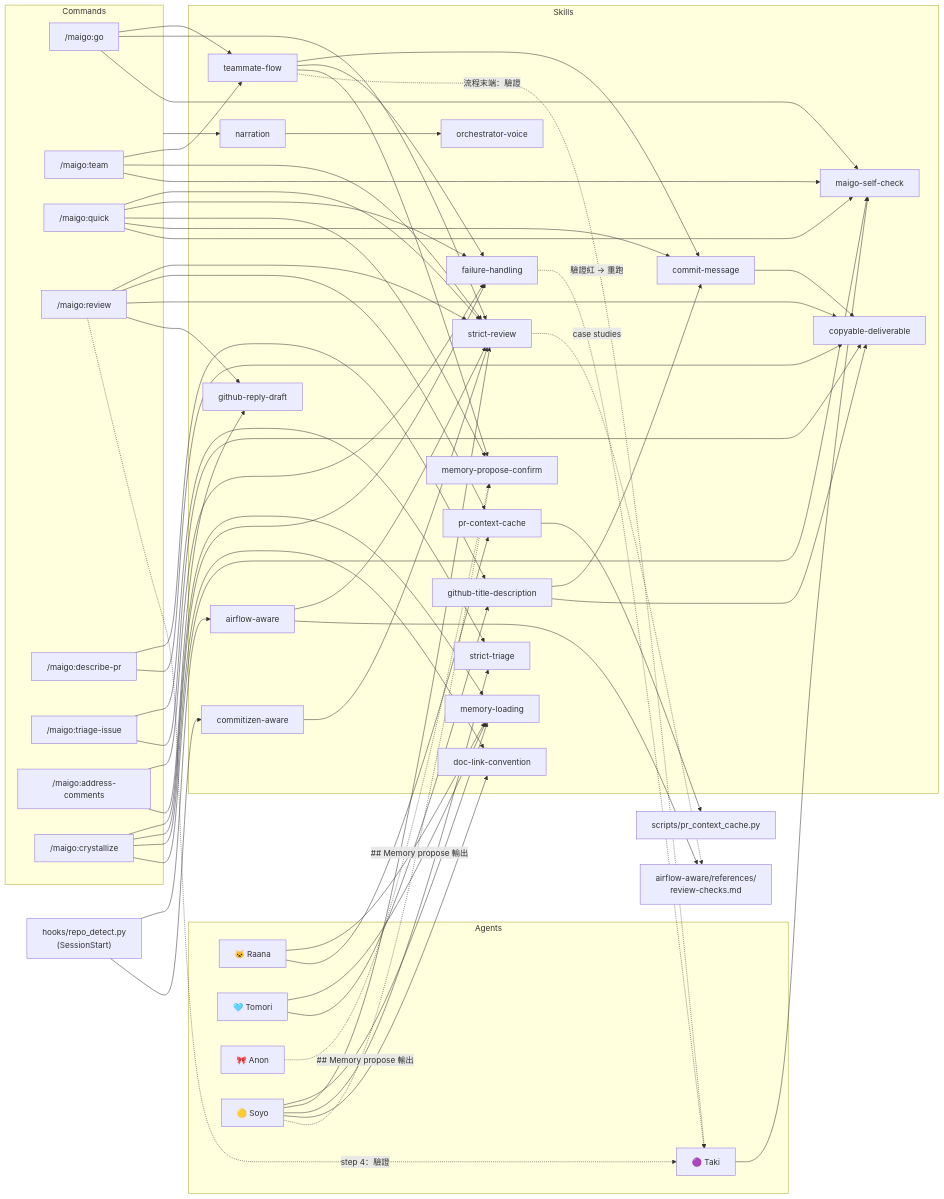
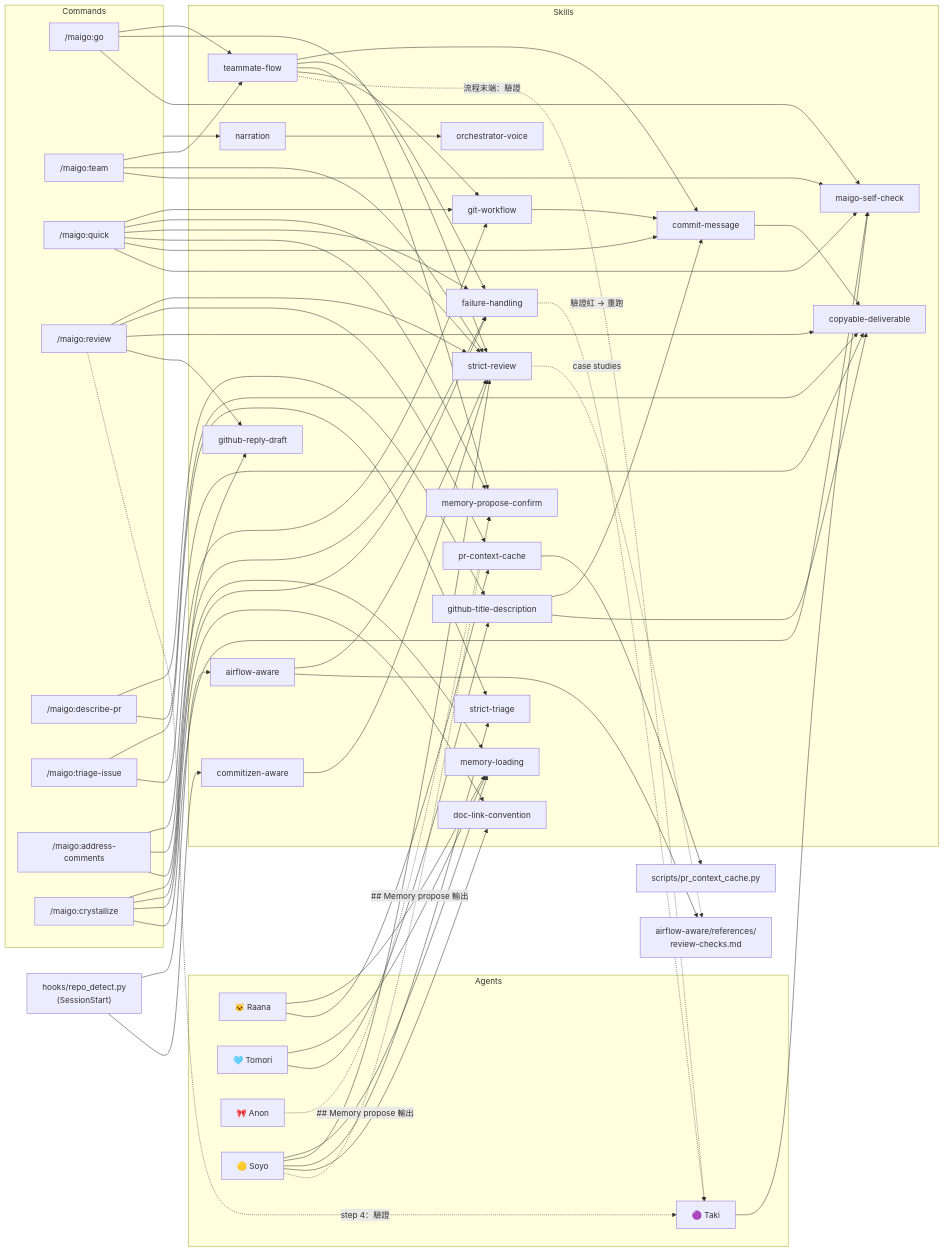
One commit to Lee-W/maigo changed the diagram in docs/reference/skills.md. Above: the diagram before and after it, drawn with Mermaid. The commit also changed other lines of this file and 12 other files, not shown here.

```diff
--- a/docs/reference/skills.md
+++ b/docs/reference/skills.md
@@ -97,6 +98,7 @@
         commitizen_aware["commitizen-aware"]
         maigo_self_check["maigo-self-check"]
         github_reply_draft["github-reply-draft"]
+        git_workflow["git-workflow"]
     end
 
     airflow_refs["airflow-aware/references/<br/>review-checks.md"]
@@ -110,6 +112,10 @@
     teammate_flow --> commit_message
     teammate_flow --> failure_handling
     teammate_flow --> memory_propose
+    teammate_flow --> git_workflow
+    quick --> git_workflow
+    address --> git_workflow
+    git_workflow --> commit_message
 
     go --> strict_review
     team --> strict_review
```
